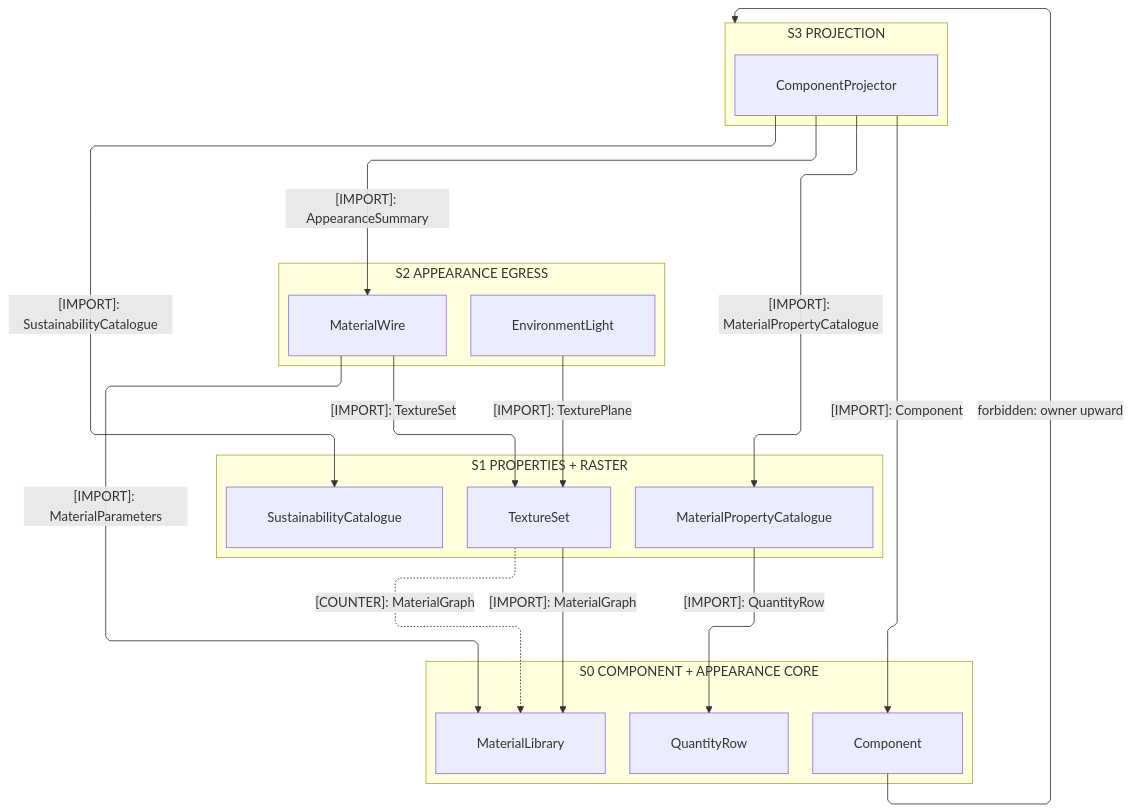
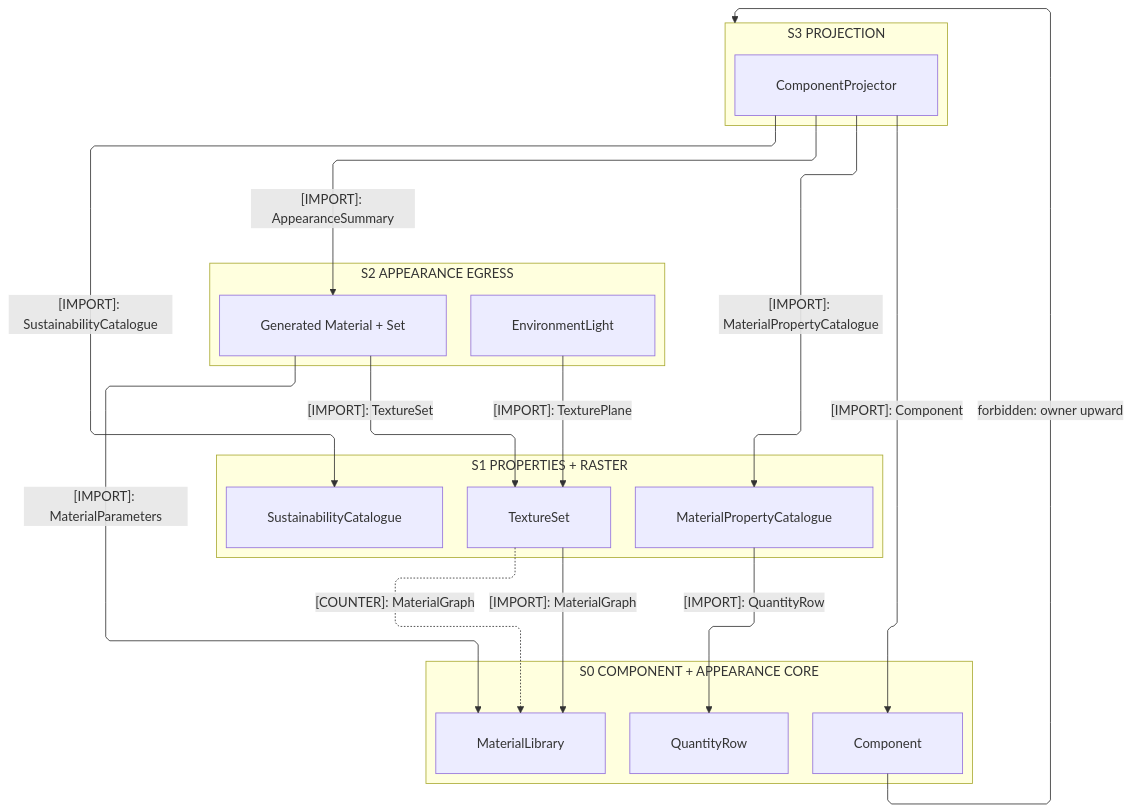
Before and after one commit to bsamiee/Rasm: the first of 5 diagrams in libs/csharp/Rasm.Materials/ARCHITECTURE.md, drawn with Mermaid. The commit also changed other lines of this file and 820 other files, not shown here.

````diff
--- a/libs/csharp/Rasm.Materials/ARCHITECTURE.md
+++ b/libs/csharp/Rasm.Materials/ARCHITECTURE.md
@@ -78,40 +78,40 @@
 ```mermaid
 ---
 config:
   layout: elk
   flowchart:
     curve: linear
     padding: 25
 ---
 flowchart TB
     accTitle: Rasm.Materials interior strata
     accDescr: How the projector composes the egress, plane, and floor ranks; the counter-edge returns a MaterialGraph value.
     subgraph S3["S3 PROJECTION"]
         Projector[ComponentProjector]
     end
     subgraph S2["S2 APPEARANCE EGRESS"]
-        Wire[MaterialWire]
+        Wire[Generated Material + Set]
         Environment[EnvironmentLight]
     end
     subgraph S1["S1 PROPERTIES + RASTER"]
         Catalogue[MaterialPropertyCatalogue]
         Sustainability[SustainabilityCatalogue]
         Raster[TextureSet]
     end
     subgraph S0["S0 COMPONENT + APPEARANCE CORE"]
         Component[Component]
         QuantityRow[QuantityRow]
         Library[MaterialLibrary]
     end
     Projector e1@-->|"[IMPORT]: MaterialPropertyCatalogue"| Catalogue
     Projector e2@-->|"[IMPORT]: SustainabilityCatalogue"| Sustainability
     Projector e3@-->|"[IMPORT]: Component"| Component
     Projector e4@-->|"[IMPORT]: AppearanceSummary"| Wire
     Catalogue e5@-->|"[IMPORT]: QuantityRow"| QuantityRow
     Raster e6@-->|"[IMPORT]: MaterialGraph"| Library
     Raster e7@-.->|"[COUNTER]: MaterialGraph"| Library
     Wire e8@-->|"[IMPORT]: TextureSet"| Raster
     Wire e9@-->|"[IMPORT]: MaterialParameters"| Library
     Environment e10@-->|"[IMPORT]: TexturePlane"| Raster
     Component f1@-->|"forbidden: owner upward"| S3
 ```
````
